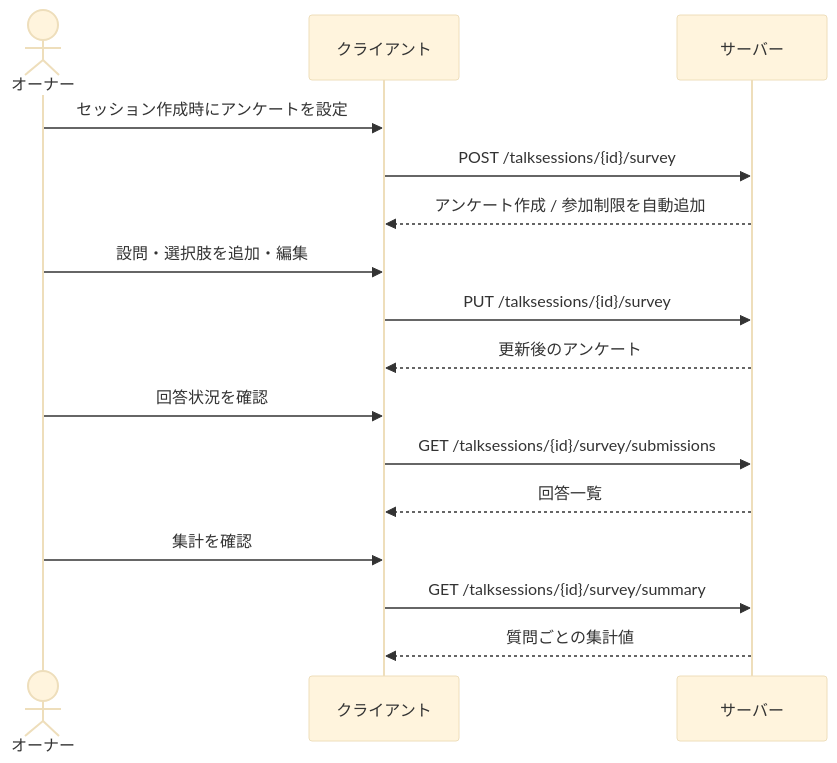
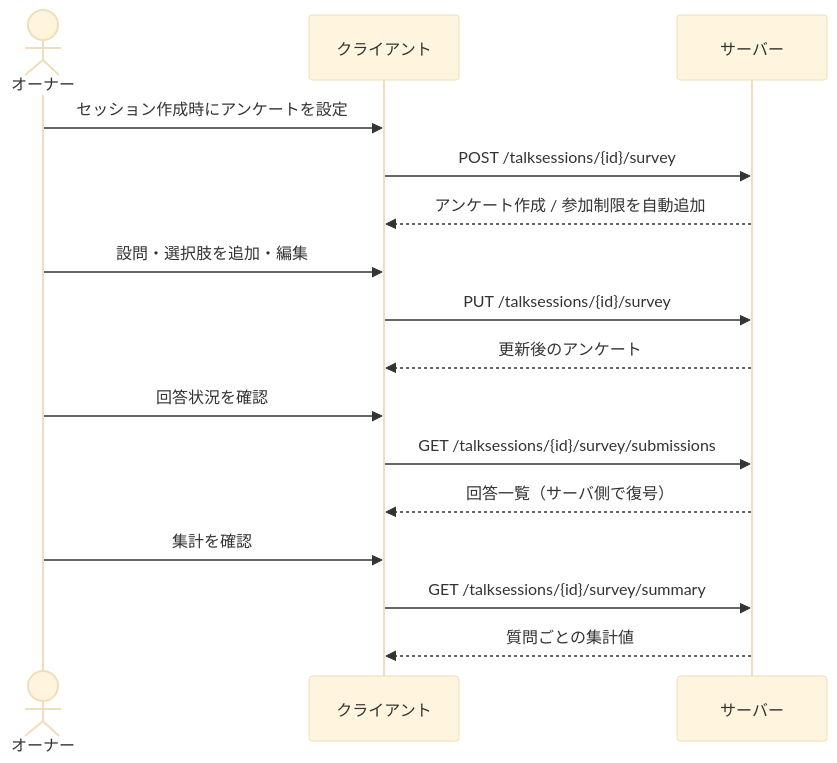
One commit to neko-dream/api changed the second of 2 diagrams in docs/features/talk-session-survey.md. Above: the diagram before and after it, drawn with Mermaid (base theme). The commit also changed other lines of this file, not shown here.

````diff
--- a/docs/features/talk-session-survey.md
+++ b/docs/features/talk-session-survey.md
@@ -103,22 +99,22 @@
 ```mermaid
 sequenceDiagram
     actor Owner as オーナー
     participant Client as クライアント
     participant Server as サーバー
 
     Owner->>Client: セッション作成時にアンケートを設定
     Client->>Server: POST /talksessions/{id}/survey
     Server-->>Client: アンケート作成 / 参加制限を自動追加
 
     Owner->>Client: 設問・選択肢を追加・編集
     Client->>Server: PUT /talksessions/{id}/survey
     Server-->>Client: 更新後のアンケート
 
     Owner->>Client: 回答状況を確認
     Client->>Server: GET /talksessions/{id}/survey/submissions
-    Server-->>Client: 回答一覧
+    Server-->>Client: 回答一覧（サーバ側で復号）
 
     Owner->>Client: 集計を確認
     Client->>Server: GET /talksessions/{id}/survey/summary
     Server-->>Client: 質問ごとの集計値
 ```
````
